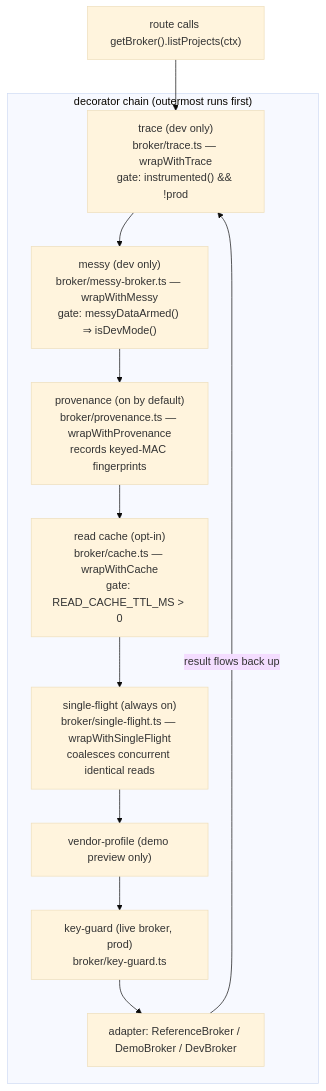
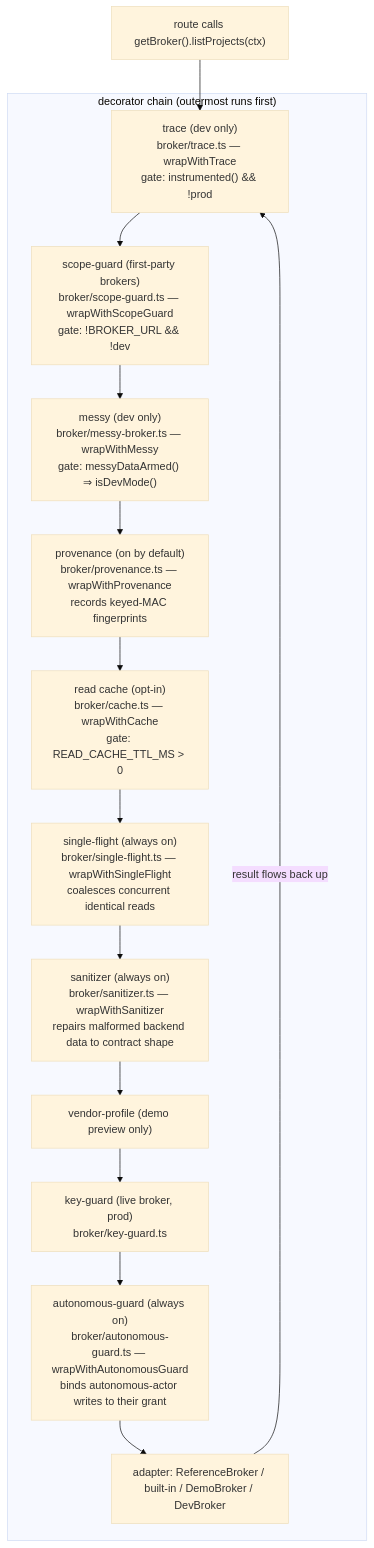
Before and after one commit to walshd1/Omniproject: the third of 4 diagrams in docs/ARCHITECTURE.md, drawn with Mermaid (base theme). The commit also changed other lines of this file and 17 other files, not shown here.

````diff
--- a/docs/ARCHITECTURE.md
+++ b/docs/ARCHITECTURE.md
@@ -136,16 +141,19 @@
 ```mermaid
 flowchart TB
   CALL["route calls getBroker().listProjects(ctx)"] --> T
   subgraph chain["decorator chain (outermost runs first)"]
     T["trace (dev only)<br/>broker/trace.ts — wrapWithTrace<br/>gate: instrumented() && !prod"]
+    SG["scope-guard (first-party brokers)<br/>broker/scope-guard.ts — wrapWithScopeGuard<br/>gate: !BROKER_URL && !dev"]
     M["messy (dev only)<br/>broker/messy-broker.ts — wrapWithMessy<br/>gate: messyDataArmed() ⇒ isDevMode()"]
     P["provenance (on by default)<br/>broker/provenance.ts — wrapWithProvenance<br/>records keyed-MAC fingerprints"]
     C["read cache (opt-in)<br/>broker/cache.ts — wrapWithCache<br/>gate: READ_CACHE_TTL_MS > 0"]
     SF["single-flight (always on)<br/>broker/single-flight.ts — wrapWithSingleFlight<br/>coalesces concurrent identical reads"]
+    SAN["sanitizer (always on)<br/>broker/sanitizer.ts — wrapWithSanitizer<br/>repairs malformed backend data to contract shape"]
     VP["vendor-profile (demo preview only)"]
     KG["key-guard (live broker, prod)<br/>broker/key-guard.ts"]
-    BASE["adapter: ReferenceBroker / DemoBroker / DevBroker"]
+    AG["autonomous-guard (always on)<br/>broker/autonomous-guard.ts — wrapWithAutonomousGuard<br/>binds autonomous-actor writes to their grant"]
+    BASE["adapter: ReferenceBroker / built-in / DemoBroker / DevBroker"]
   end
-  T --> M --> P --> C --> SF --> VP --> KG --> BASE
+  T --> SG --> M --> P --> C --> SF --> SAN --> VP --> KG --> AG --> BASE
   BASE -->|"result flows back up"| T
 ```
````
